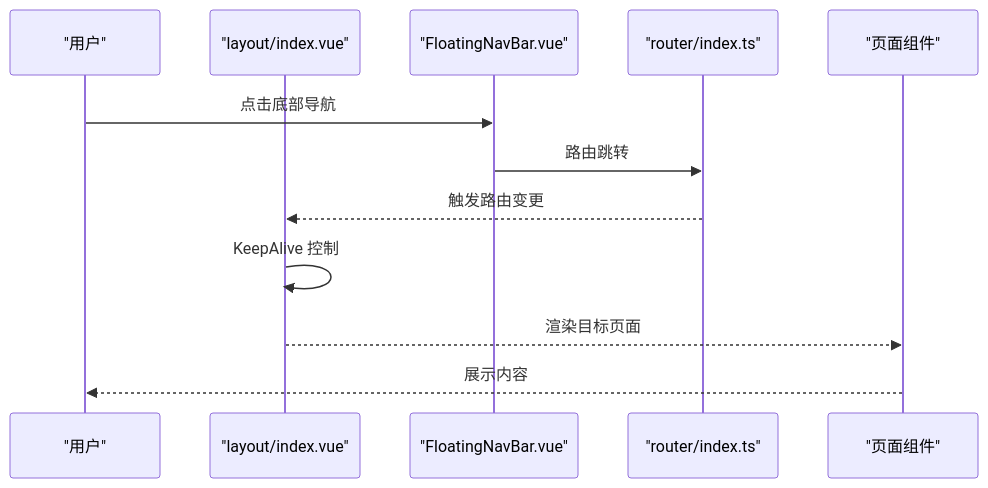
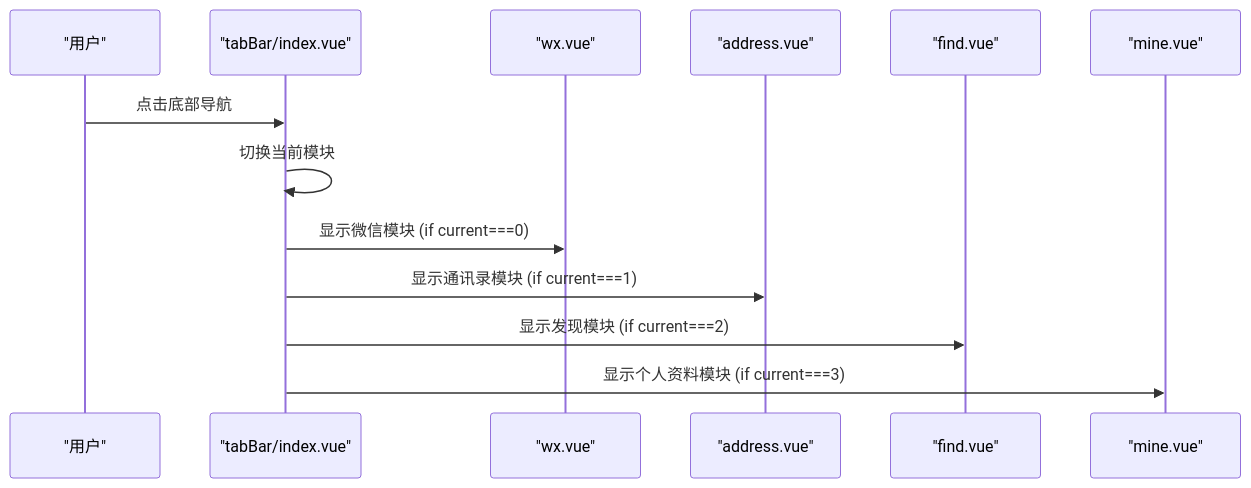
One commit to giserman001/vue3-vant4-mobile changed the second of 10 diagrams in .qoder/repowiki/zh/content/UI组件系统/UI组件系统.md. Above: the diagram before and after it, drawn with Mermaid. The commit also changed other lines of this file and 60 other files, not shown here.

````diff
--- a/.qoder/repowiki/zh/content/UI组件系统/UI组件系统.md
+++ b/.qoder/repowiki/zh/content/UI组件系统/UI组件系统.md
@@ -122,14 +160,15 @@
 ```mermaid
 sequenceDiagram
 participant U as "用户"
-participant L as "layout/index.vue"
-participant F as "FloatingNavBar.vue"
-participant R as "router/index.ts"
-participant P as "页面组件"
-U->>F : 点击底部导航
-F->>R : 路由跳转
-R-->>L : 触发路由变更
-L->>L : KeepAlive 控制
-L-->>P : 渲染目标页面
-P-->>U : 展示内容
+participant T as "tabBar/index.vue"
+participant W as "wx.vue"
+participant A as "address.vue"
+participant F as "find.vue"
+participant M as "mine.vue"
+U->>T : 点击底部导航
+T->>T : 切换当前模块
+T->>W : 显示微信模块 (if current===0)
+T->>A : 显示通讯录模块 (if current===1)
+T->>F : 显示发现模块 (if current===2)
+T->>M : 显示个人资料模块 (if current===3)
 ```
````
